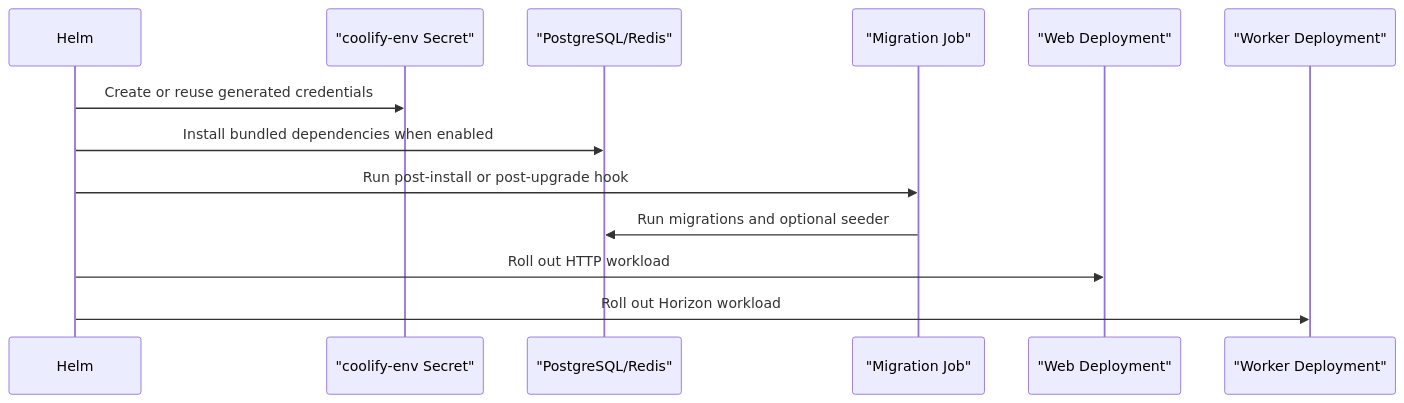
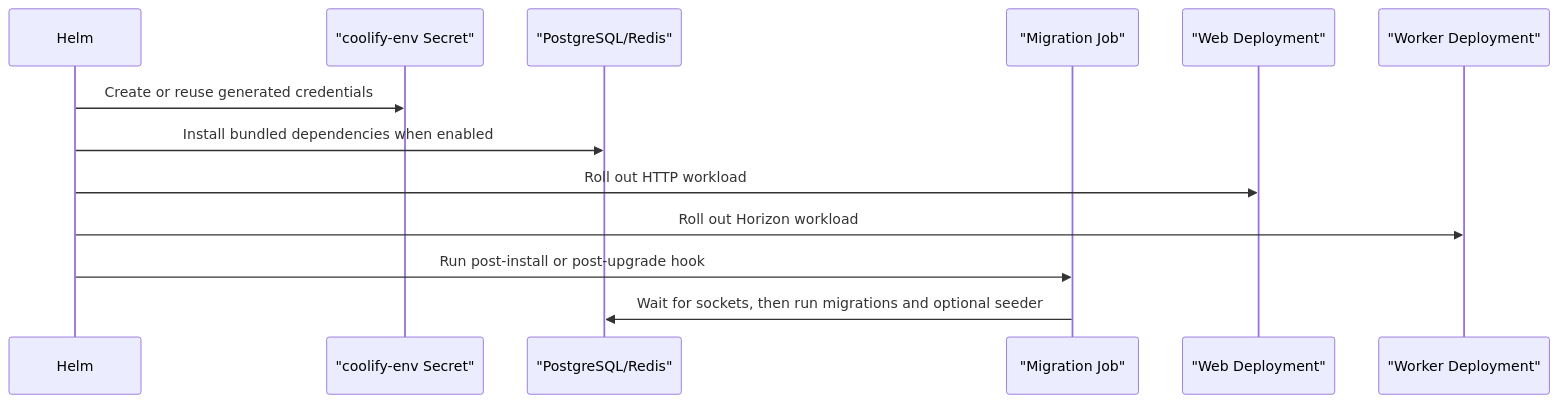
One commit to coollabsio/coolify changed the second of 2 diagrams in docs/specs/20260519-coolify-helm-chart.md. Above: the diagram before and after it, drawn with Mermaid. The commit also changed other lines of this file and 13 other files, not shown here.

````diff
--- a/docs/specs/20260519-coolify-helm-chart.md
+++ b/docs/specs/20260519-coolify-helm-chart.md
@@ -57,16 +59,16 @@
 ```mermaid
 sequenceDiagram
     participant Helm
     participant Secret as "coolify-env Secret"
     participant DB as "PostgreSQL/Redis"
     participant Job as "Migration Job"
     participant Web as "Web Deployment"
     participant Worker as "Worker Deployment"
 
     Helm->>Secret: Create or reuse generated credentials
     Helm->>DB: Install bundled dependencies when enabled
-    Helm->>Job: Run post-install or post-upgrade hook
-    Job->>DB: Run migrations and optional seeder
     Helm->>Web: Roll out HTTP workload
     Helm->>Worker: Roll out Horizon workload
+    Helm->>Job: Run post-install or post-upgrade hook
+    Job->>DB: Wait for sockets, then run migrations and optional seeder
 ```
````
